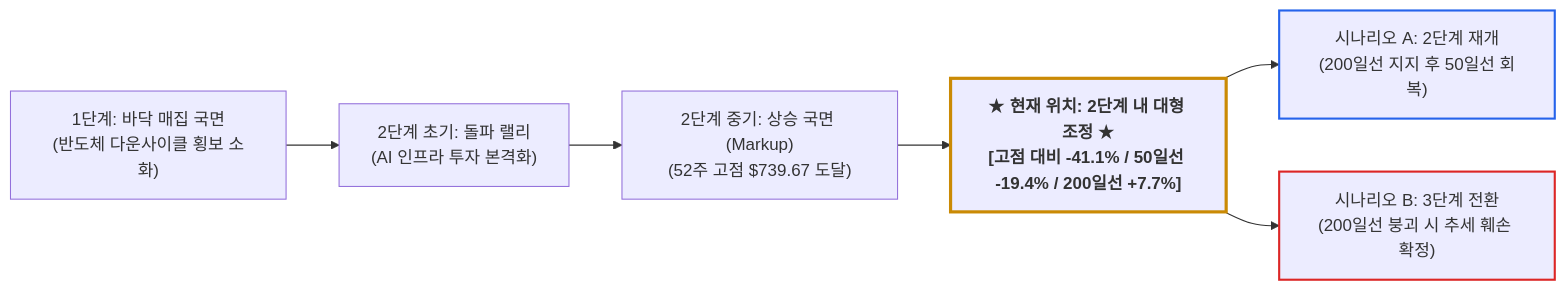
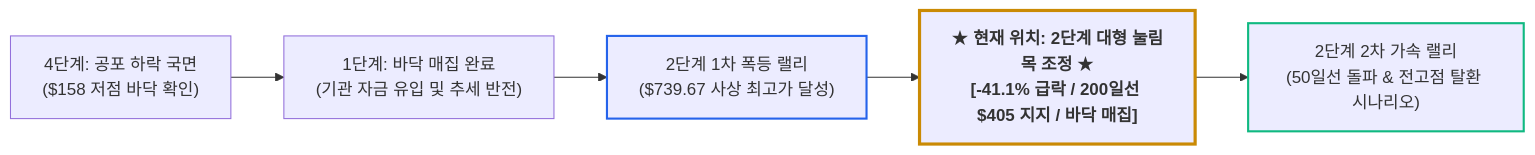
One commit to ju-sic/ju-sic.github.io changed the second of 2 diagrams in docs/stocks/2026/09/applied-materials.md. Above: the diagram before and after it, drawn with Mermaid. The commit also changed other lines of this file and 1 other file, not shown here.

````diff
--- a/docs/stocks/2026/09/applied-materials.md
+++ b/docs/stocks/2026/09/applied-materials.md
@@ -148,12 +191,11 @@
 ```mermaid
 flowchart LR
-    P1["1단계: 바닥 매집 국면<br>(반도체 다운사이클 횡보 소화)"] --> P2A["2단계 초기: 돌파 랠리<br>(AI 인프라 투자 본격화)"]
-    P2A --> P2B["2단계 중기: 상승 국면 (Markup)<br>(52주 고점 $739.67 도달)"]
-    P2B --> P2C["★ <b>현재 위치: 2단계 내 대형 조정</b> ★<br><b>[고점 대비 -41.1% / 50일선 -19.4% / 200일선 +7.7%]</b>"]
-    P2C --> R1["시나리오 A: 2단계 재개<br>(200일선 지지 후 50일선 회복)"]
-    P2C --> R2["시나리오 B: 3단계 전환<br>(200일선 붕괴 시 추세 훼손 확정)"]
+    P4["4단계: 공포 하락 국면<br>($158 저점 바닥 확인)"] --> P1["1단계: 바닥 매집 완료<br>(기관 자금 유입 및 추세 반전)"]
+    P1 --> P2A["2단계 1차 폭등 랠리<br>($739.67 사상 최고가 달성)"]
+    P2A --> P2B["★ <b>현재 위치: 2단계 대형 눌림목 조정</b> ★<br><b>[-41.1% 급락 / 200일선 $405 지지 / 바닥 매집]</b>"]
+    P2B --> P2C["2단계 2차 가속 랠리<br>(50일선 돌파 & 전고점 탈환 시나리오)"]
 
-    style P2C stroke:#ca8a04,stroke-width:3px
-    style R1 stroke:#2563eb,stroke-width:2px
-    style R2 stroke:#dc2626,stroke-width:2px
+    style P2B stroke:#ca8a04,stroke-width:3px
+    style P2A stroke:#2563eb,stroke-width:2px
+    style P2C stroke:#10b981,stroke-width:2px
 ```
````
